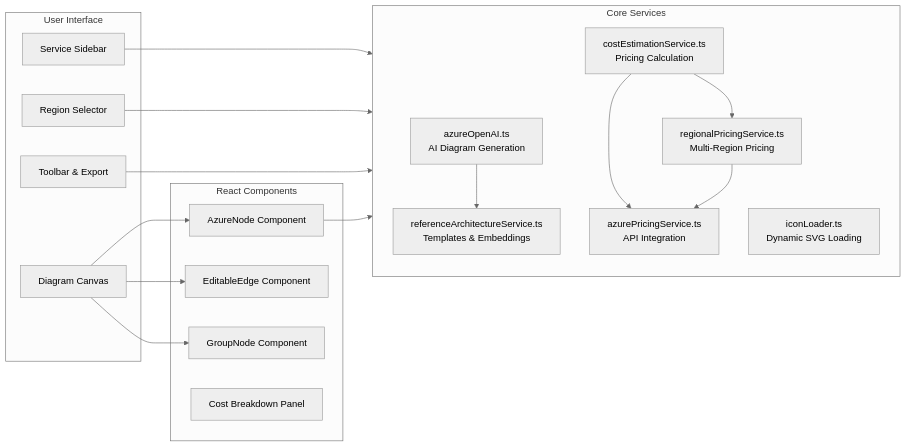
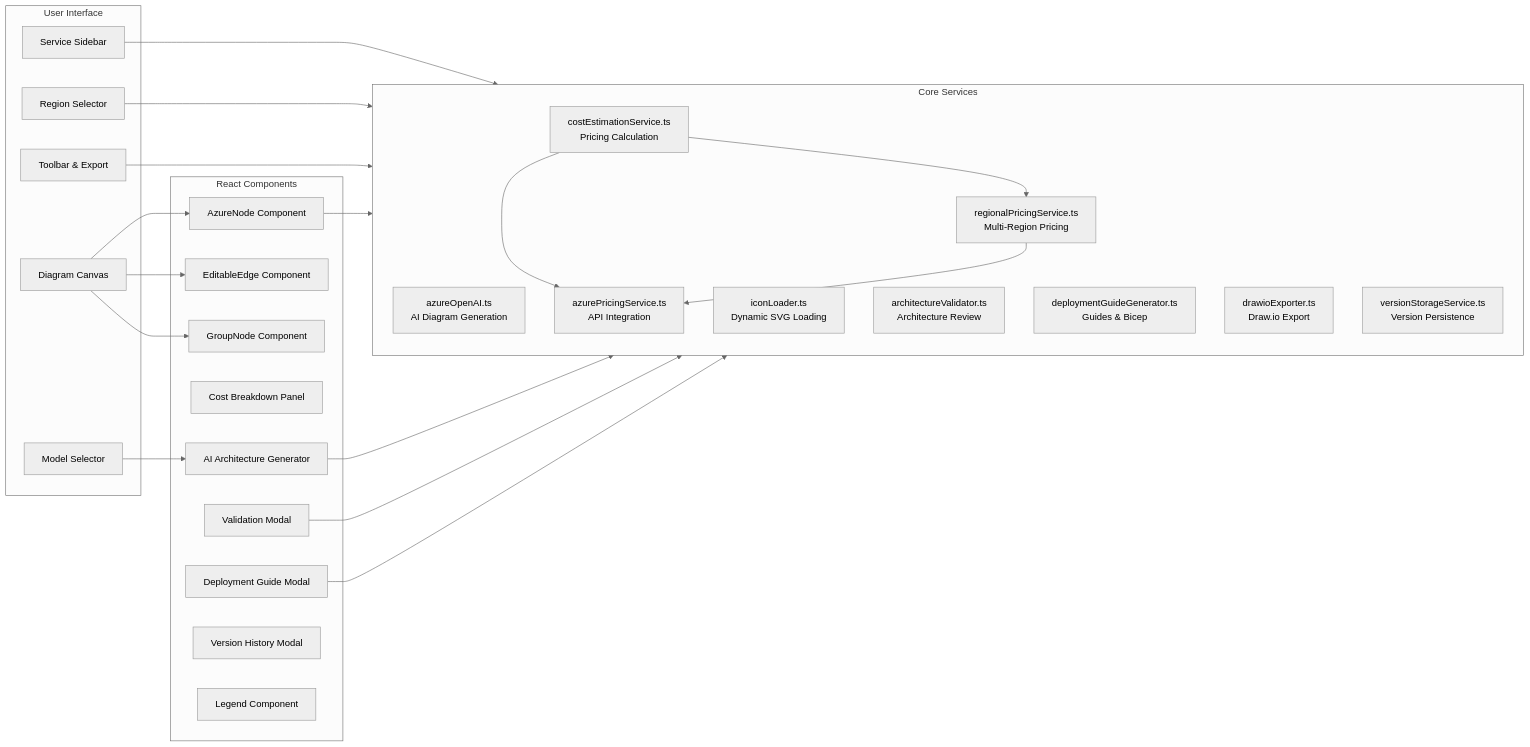
One commit to Arturo-Quiroga-MSFT/azure-architecture-diagram-builder changed the second of 4 diagrams in DOCS/ARCHITECTURE.md. Above: the diagram before and after it, drawn with Mermaid (neutral theme). The commit also changed other lines of this file and 15 other files, not shown here.

````diff
--- a/DOCS/ARCHITECTURE.md
+++ b/DOCS/ARCHITECTURE.md
@@ -51,39 +66,51 @@
 ```mermaid
 graph LR
     subgraph "User Interface"
         Canvas[Diagram Canvas]
         Sidebar[Service Sidebar]
         RegionSel[Region Selector]
+        ModelSel[Model Selector]
         Toolbar[Toolbar & Export]
     end
     
     subgraph "React Components"
         AzureNode[AzureNode Component]
         EditableEdge[EditableEdge Component]
         GroupNode[GroupNode Component]
         CostPanel[Cost Breakdown Panel]
+        AIGen[AI Architecture Generator]
+        ValModal[Validation Modal]
+        DeployModal[Deployment Guide Modal]
+        VerHistory[Version History Modal]
+        Legend[Legend Component]
     end
     
     subgraph "Core Services"
         direction TB
         AOI[azureOpenAI.ts<br/>AI Diagram Generation]
         CES[costEstimationService.ts<br/>Pricing Calculation]
         RPS[regionalPricingService.ts<br/>Multi-Region Pricing]
         APS[azurePricingService.ts<br/>API Integration]
         IL[iconLoader.ts<br/>Dynamic SVG Loading]
-        RAS[referenceArchitectureService.ts<br/>Templates & Embeddings]
+        AV[architectureValidator.ts<br/>Architecture Review]
+        DGG[deploymentGuideGenerator.ts<br/>Guides & Bicep]
+        DIO[drawioExporter.ts<br/>Draw.io Export]
+        VSS[versionStorageService.ts<br/>Version Persistence]
     end
     
     Canvas --> AzureNode
     Canvas --> EditableEdge
     Canvas --> GroupNode
     Sidebar --> IL
     RegionSel --> RPS
+    ModelSel --> AIGen
     Toolbar --> CES
     
     AzureNode --> CES
-    AOI --> RAS
     CES --> RPS
     CES --> APS
     RPS --> APS
+    AIGen --> AOI
+    ValModal --> AV
+    DeployModal --> DGG
 ```
````
